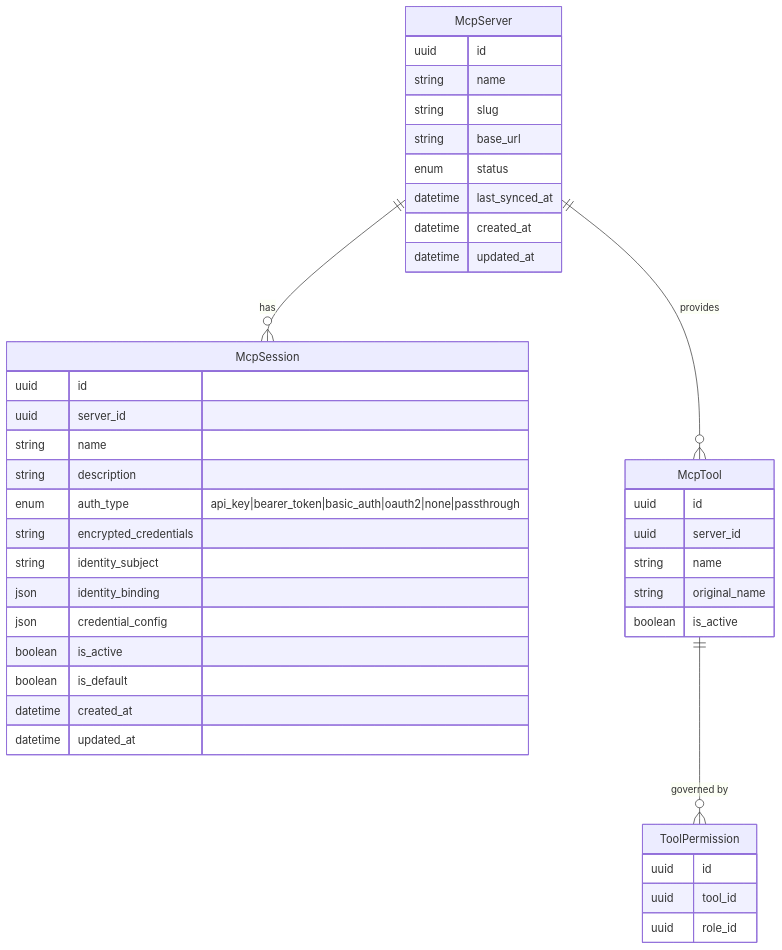
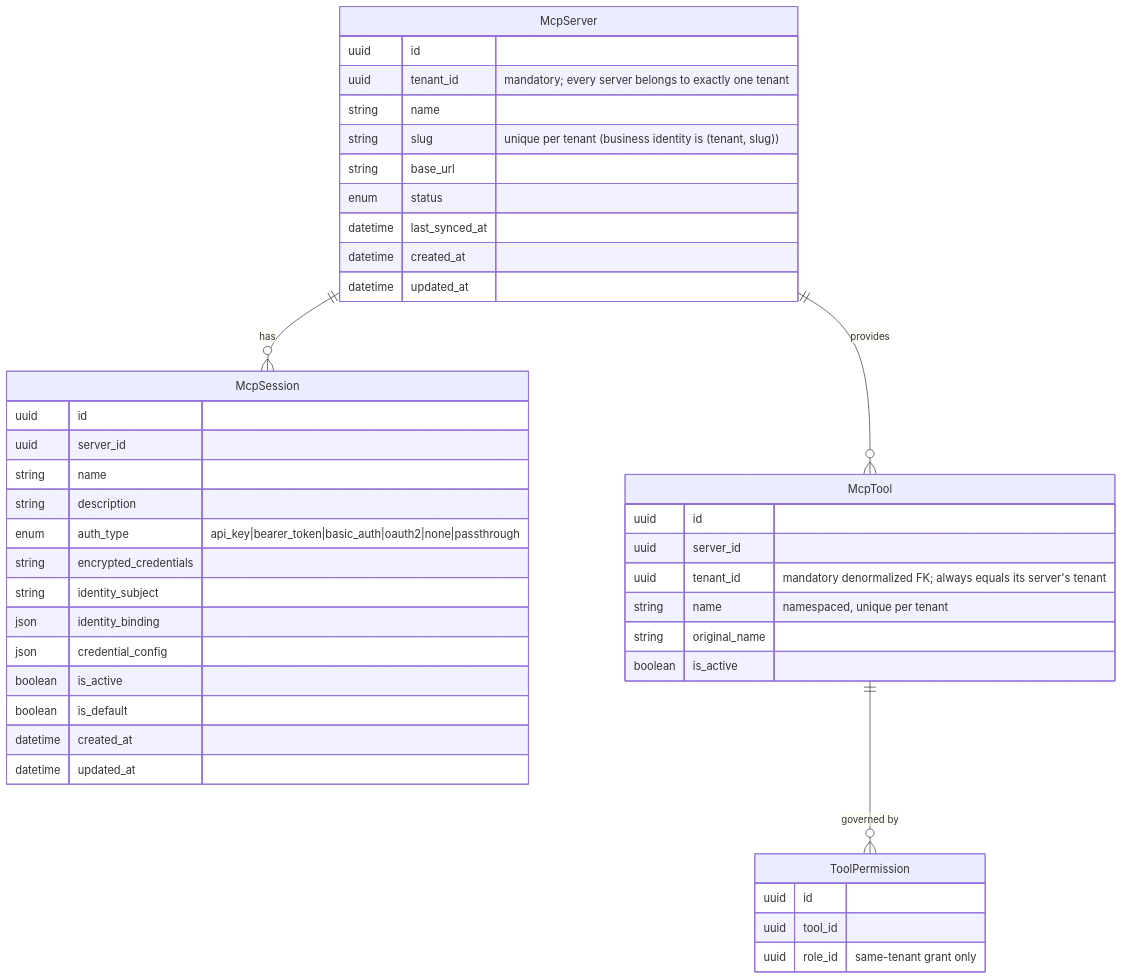
Before and after one commit to hurungang/parthenon: the first of 2 diagrams in docs/master/data-model/modules/mcp-hub/entities.md, drawn with Mermaid. The commit also changed other lines of this file and 231 other files, not shown here.

````diff
--- a/docs/master/data-model/modules/mcp-hub/entities.md
+++ b/docs/master/data-model/modules/mcp-hub/entities.md
@@ -3,44 +3,46 @@
 ```mermaid
 erDiagram
     McpServer {
         uuid id
+        uuid tenant_id "mandatory; every server belongs to exactly one tenant"
         string name
-        string slug
+        string slug "unique per tenant (business identity is (tenant, slug))"
         string base_url
         enum status
         datetime last_synced_at
         datetime created_at
         datetime updated_at
     }
     McpSession {
         uuid id
         uuid server_id
         string name
         string description
         enum auth_type "api_key|bearer_token|basic_auth|oauth2|none|passthrough"
         string encrypted_credentials
         string identity_subject
         json identity_binding
         json credential_config
         boolean is_active
         boolean is_default
         datetime created_at
         datetime updated_at
     }
     McpTool {
         uuid id
         uuid server_id
-        string name
+        uuid tenant_id "mandatory denormalized FK; always equals its server's tenant"
+        string name "namespaced, unique per tenant"
         string original_name
         boolean is_active
     }
     ToolPermission {
         uuid id
         uuid tool_id
-        uuid role_id
+        uuid role_id "same-tenant grant only"
     }
 
     McpServer ||--o{ McpSession : "has"
     McpServer ||--o{ McpTool : "provides"
     McpTool ||--o{ ToolPermission : "governed by"
 ```
````
